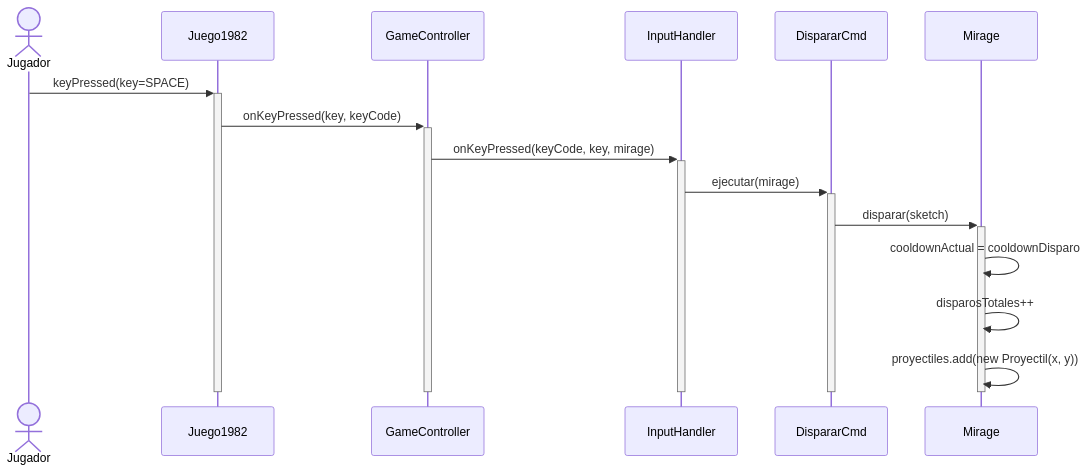
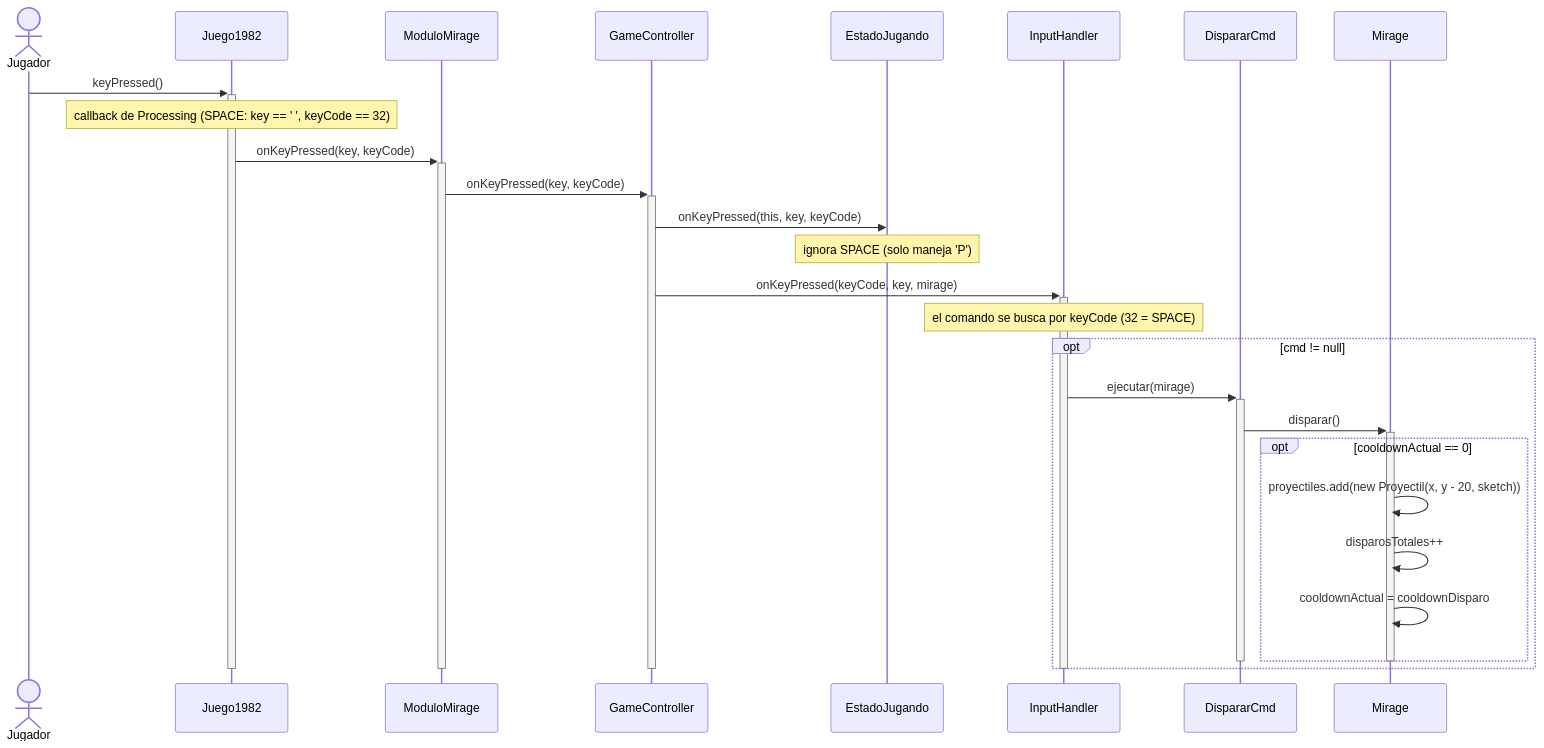
One commit to Christian-Rojas-Rodriguez/juego-1982 changed the third of 9 diagrams in docs/v1/analisis/casos-de-uso.md. Above: the diagram before and after it, drawn with Mermaid. The commit also changed other lines of this file and 12 other files, not shown here.

First line of the commit message:
fix+docs: sincronizar diagramas v1 con el codigo, fixes de auditoria y warnings

````diff
--- a/docs/v1/analisis/casos-de-uso.md
+++ b/docs/v1/analisis/casos-de-uso.md
@@ -100,23 +115,35 @@
 ```mermaid
 sequenceDiagram
     actor Jugador
     participant Juego1982
+    participant ModuloMirage
     participant GameController
+    participant EstadoJugando
     participant InputHandler
     participant DispararCmd
     participant Mirage
 
-    Jugador->>+Juego1982: keyPressed(key=SPACE)
-    Juego1982->>+GameController: onKeyPressed(key, keyCode)
+    Jugador->>+Juego1982: keyPressed()
+    Note over Juego1982: callback de Processing (SPACE: key == ' ', keyCode == 32)
+    Juego1982->>+ModuloMirage: onKeyPressed(key, keyCode)
+    ModuloMirage->>+GameController: onKeyPressed(key, keyCode)
+    GameController->>EstadoJugando: onKeyPressed(this, key, keyCode)
+    Note over EstadoJugando: ignora SPACE (solo maneja 'P')
     GameController->>+InputHandler: onKeyPressed(keyCode, key, mirage)
-    InputHandler->>+DispararCmd: ejecutar(mirage)
-    DispararCmd->>+Mirage: disparar(sketch)
-    Mirage->>Mirage: cooldownActual = cooldownDisparo
-    Mirage->>Mirage: disparosTotales++
-    Mirage->>Mirage: proyectiles.add(new Proyectil(x, y))
-    deactivate Mirage
-    deactivate DispararCmd
+    Note over InputHandler: el comando se busca por keyCode (32 = SPACE)
+    opt cmd != null
+        InputHandler->>+DispararCmd: ejecutar(mirage)
+        DispararCmd->>+Mirage: disparar()
+        opt cooldownActual == 0
+            Mirage->>Mirage: proyectiles.add(new Proyectil(x, y - 20, sketch))
+            Mirage->>Mirage: disparosTotales++
+            Mirage->>Mirage: cooldownActual = cooldownDisparo
+        end
+        deactivate Mirage
+        deactivate DispararCmd
+    end
     deactivate InputHandler
     deactivate GameController
+    deactivate ModuloMirage
     deactivate Juego1982
 ```
````
